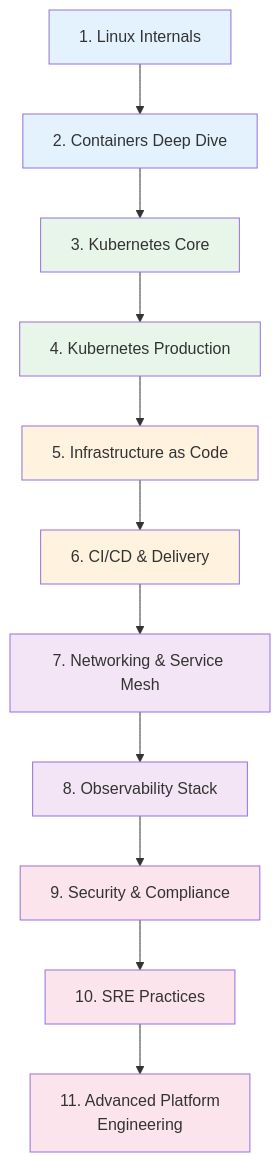
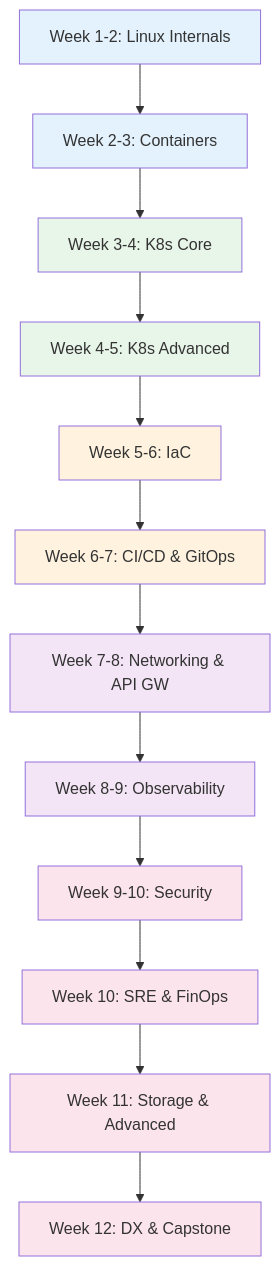
One commit to ayush-jadaun/knowledge-vault changed the diagram in docs/learning-paths/platform-engineer.md. Above: the diagram before and after it, drawn with Mermaid. The commit also changed other lines of this file and 143 other files, not shown here.

````diff
--- a/docs/learning-paths/platform-engineer.md
+++ b/docs/learning-paths/platform-engineer.md
@@ -22,25 +32,27 @@
 ```mermaid
 graph TD
-    S1["1. Linux Internals"] --> S2["2. Containers Deep Dive"]
-    S2 --> S3["3. Kubernetes Core"]
-    S3 --> S4["4. Kubernetes Production"]
-    S4 --> S5["5. Infrastructure as Code"]
-    S5 --> S6["6. CI/CD & Delivery"]
-    S6 --> S7["7. Networking & Service Mesh"]
-    S7 --> S8["8. Observability Stack"]
-    S8 --> S9["9. Security & Compliance"]
-    S9 --> S10["10. SRE Practices"]
-    S10 --> S11["11. Advanced Platform\nEngineering"]
+    S1["Week 1-2: Linux Internals"] --> S2["Week 2-3: Containers"]
+    S2 --> S3["Week 3-4: K8s Core"]
+    S3 --> S4["Week 4-5: K8s Advanced"]
+    S4 --> S5["Week 5-6: IaC"]
+    S5 --> S6["Week 6-7: CI/CD & GitOps"]
+    S6 --> S7["Week 7-8: Networking & API GW"]
+    S7 --> S8["Week 8-9: Observability"]
+    S8 --> S9["Week 9-10: Security"]
+    S9 --> S10["Week 10: SRE & FinOps"]
+    S10 --> S11["Week 11: Storage & Advanced"]
+    S11 --> S12["Week 12: DX & Capstone"]
 
     style S1 fill:#e3f2fd
     style S2 fill:#e3f2fd
     style S3 fill:#e8f5e9
     style S4 fill:#e8f5e9
     style S5 fill:#fff3e0
     style S6 fill:#fff3e0
     style S7 fill:#f3e5f5
     style S8 fill:#f3e5f5
     style S9 fill:#fce4ec
     style S10 fill:#fce4ec
     style S11 fill:#fce4ec
+    style S12 fill:#fce4ec
 ```
````
